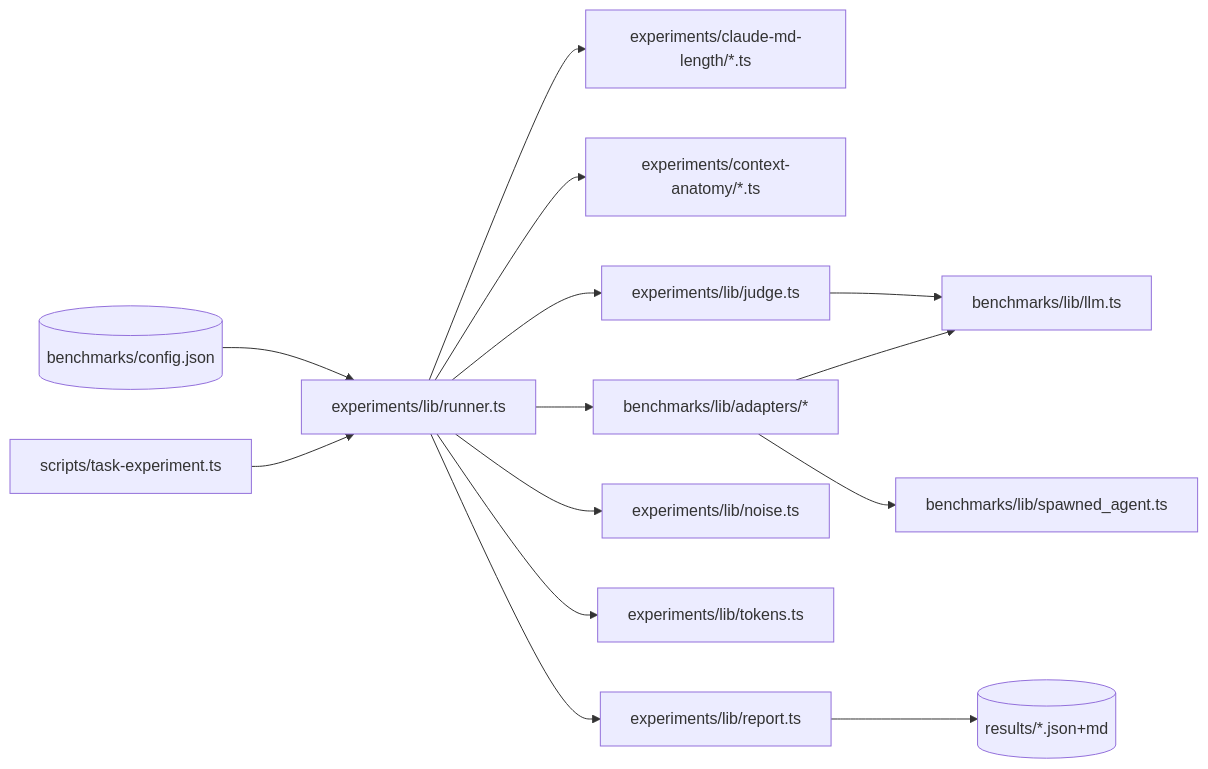
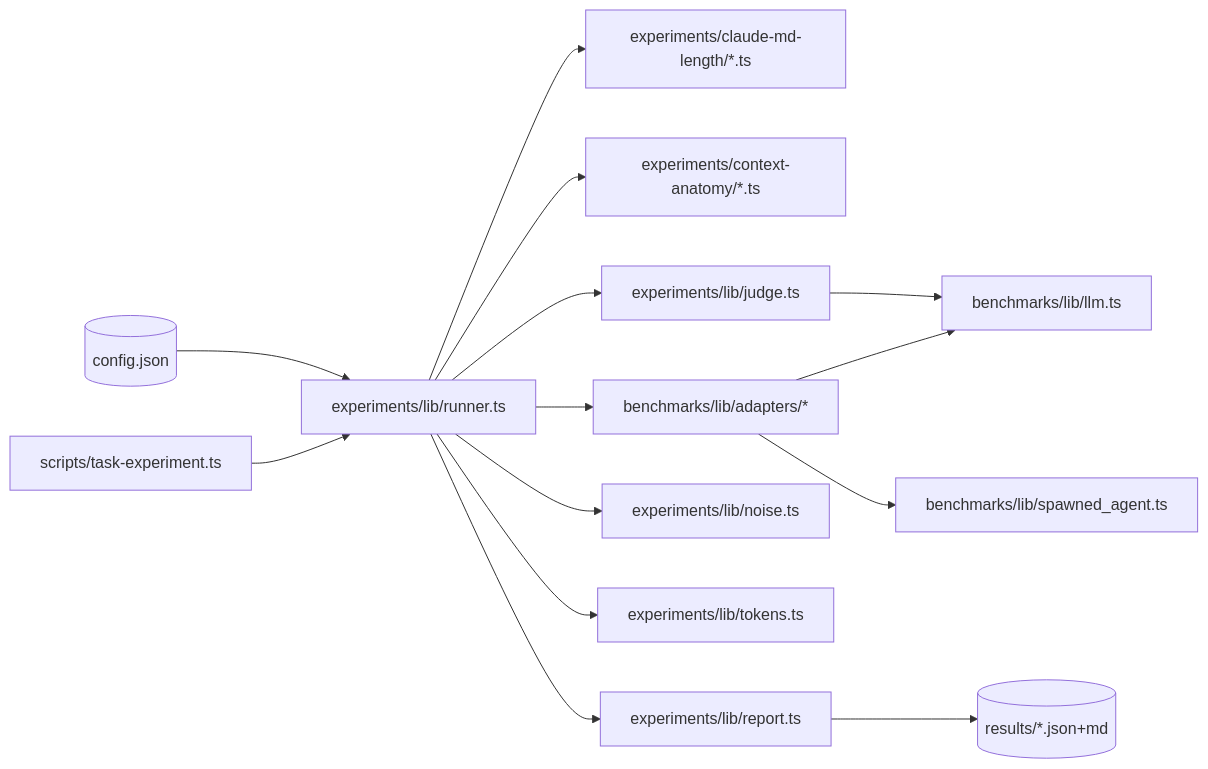
One commit to korchasa/flowai-experiments changed the diagram in documents/design.md. Above: the diagram before and after it, drawn with Mermaid. The commit also changed other lines of this file and 8 other files, not shown here.

First line of the commit message:
Move config.json to repo root, drop dead fields

````diff
--- a/documents/design.md
+++ b/documents/design.md
@@ -12,16 +12,16 @@
 ```mermaid
 flowchart LR
   CLI[scripts/task-experiment.ts] --> Runner
   Runner[experiments/lib/runner.ts] --> VariantA[experiments/claude-md-length/*.ts]
   Runner --> VariantB[experiments/context-anatomy/*.ts]
   Runner --> Adapter[benchmarks/lib/adapters/*]
   Runner --> Judge[experiments/lib/judge.ts]
   Runner --> Noise[experiments/lib/noise.ts]
   Runner --> Tokens[experiments/lib/tokens.ts]
   Runner --> Report[experiments/lib/report.ts]
   Adapter --> LLM[benchmarks/lib/llm.ts]
   Judge --> LLM
   Adapter --> Spawn[benchmarks/lib/spawned_agent.ts]
   Report --> Results[(results/*.json+md)]
-  Config[(benchmarks/config.json)] --> Runner
+  Config[(config.json)] --> Runner
 ```
````
